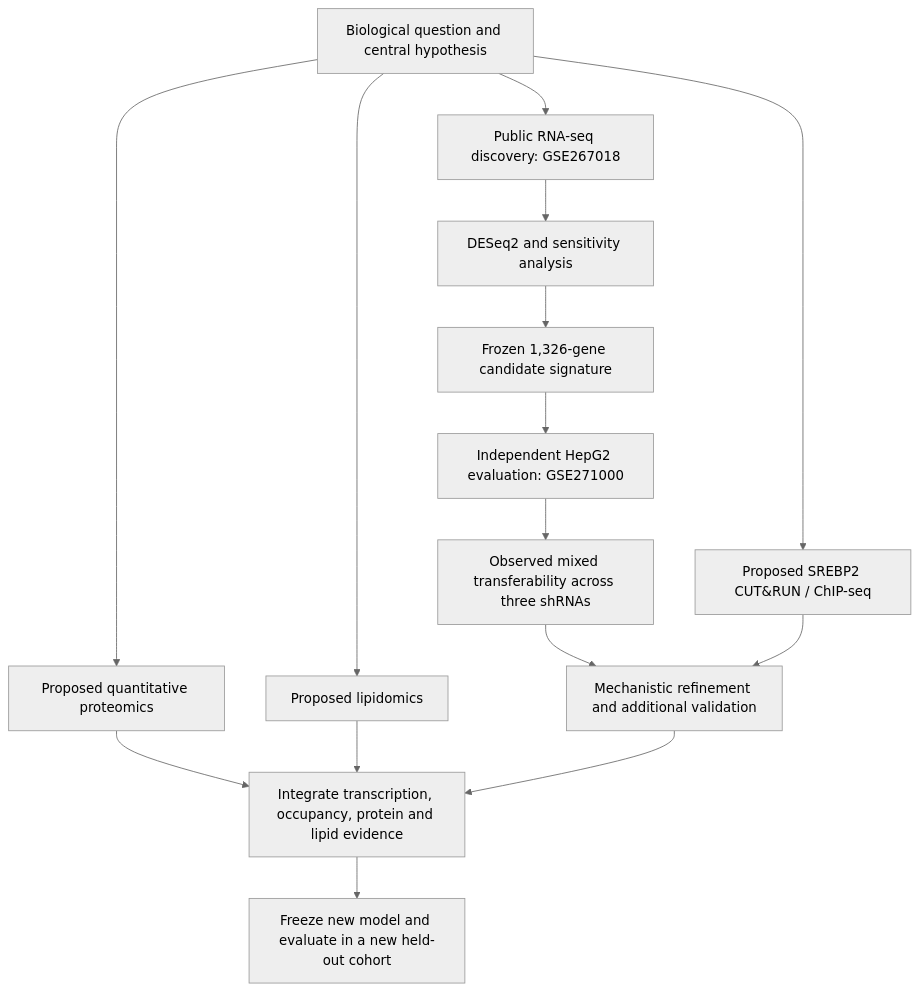
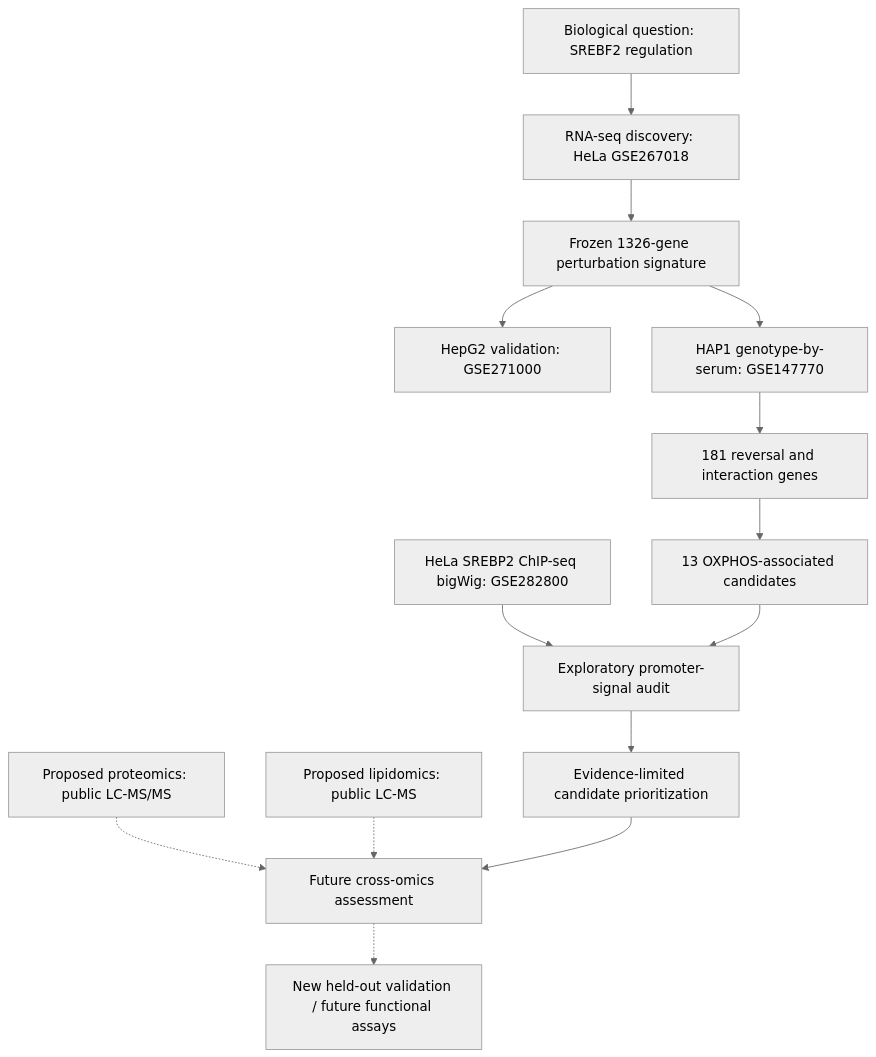
The diagram in README.md (mtariqi/srebf2-regulatory-signature), drawn with Mermaid (neutral theme) before and after one commit. The commit also changed other lines of this file, not shown here.

Commit message:
Update SREBF2 README with Phase 6 findings and multi-omics framework

````diff
--- a/README.md
+++ b/README.md
@@ -185,17 +206,16 @@
 ```mermaid
 flowchart TD
-    A[Biological question and central hypothesis] --> B[Public RNA-seq discovery: GSE267018]
-    B --> C[DESeq2 and sensitivity analysis]
-    C --> D[Frozen 1,326-gene candidate signature]
-    D --> E[Independent HepG2 evaluation: GSE271000]
-    E --> F[Observed mixed transferability across three shRNAs]
-    F --> G[Mechanistic refinement and additional validation]
-    A --> H[Proposed SREBP2 CUT&RUN / ChIP-seq]
-    A --> I[Proposed quantitative proteomics]
-    A --> J[Proposed lipidomics]
-    H --> G
-    I --> K[Integrate transcription, occupancy, protein and lipid evidence]
-    J --> K
-    G --> K
-    K --> L[Freeze new model and evaluate in a new held-out cohort]
+    A[Biological question: SREBF2 regulation] --> B[RNA-seq discovery: HeLa GSE267018]
+    B --> C[Frozen 1326-gene perturbation signature]
+    C --> D[HepG2 validation: GSE271000]
+    C --> E[HAP1 genotype-by-serum: GSE147770]
+    E --> F[181 reversal and interaction genes]
+    F --> G[13 OXPHOS-associated candidates]
+    H[HeLa SREBP2 ChIP-seq bigWig: GSE282800] --> I[Exploratory promoter-signal audit]
+    G --> I
+    I --> J[Evidence-limited candidate prioritization]
+    K[Proposed proteomics: public LC-MS/MS] -.-> L[Future cross-omics assessment]
+    M[Proposed lipidomics: public LC-MS] -.-> L
+    J --> L
+    L -.-> N[New held-out validation / future functional assays]
 ```
````
